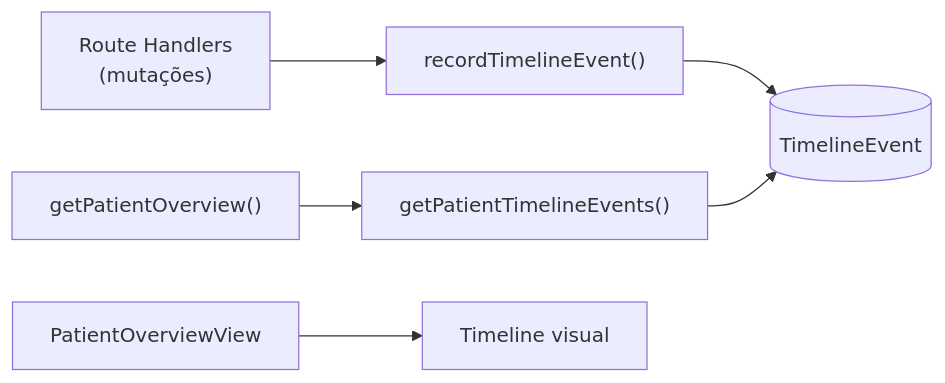
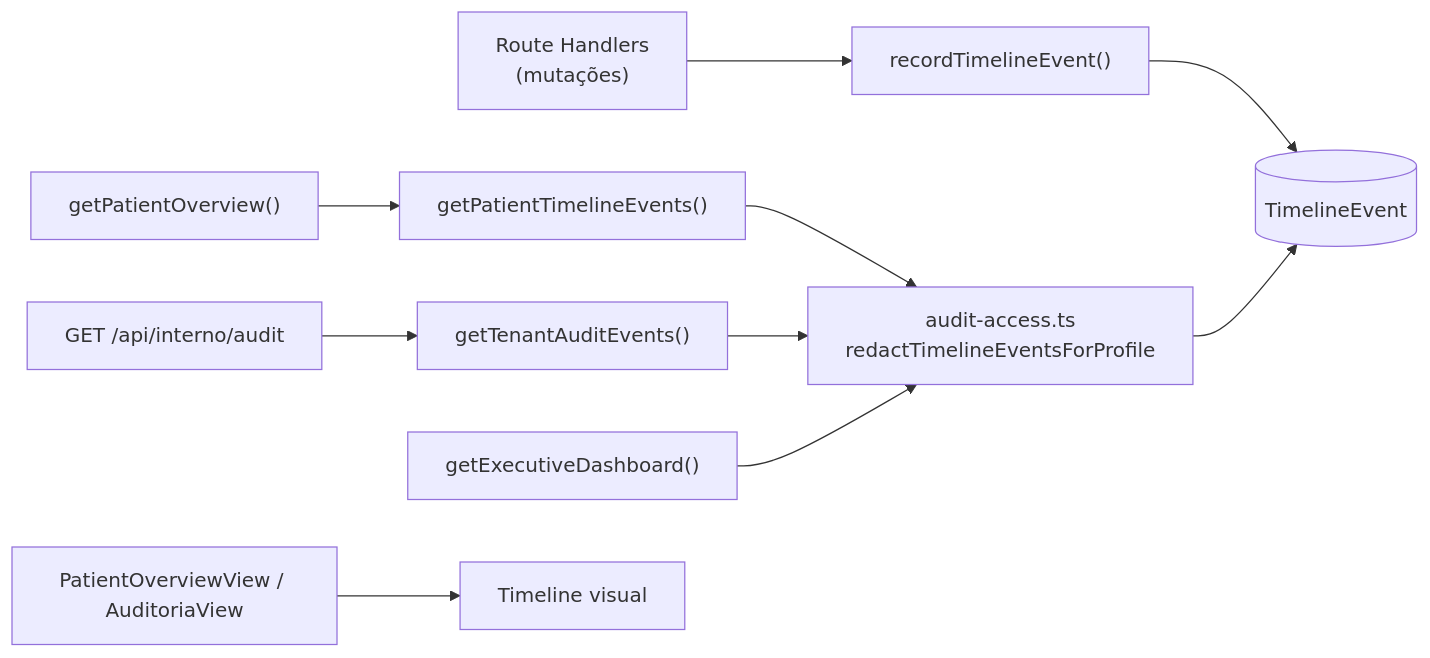
Diagram 11 of 16 in docs/plataforma/ARQUITETURA.md (Piulres/sistema-bibi), drawn with Mermaid before and after one commit. The commit also changed other lines of this file and 4 other files, not shown here.

First line of the commit message:
docs: RBAC de conteúdo na auditoria (PR #296)

````diff
--- a/docs/plataforma/ARQUITETURA.md
+++ b/docs/plataforma/ARQUITETURA.md
@@ -524,8 +524,12 @@
 ```mermaid
 flowchart LR
   API["Route Handlers<br/>(mutações)"] --> Svc["recordTimelineEvent()"]
   Svc --> TE[("TimelineEvent")]
   Overview["getPatientOverview()"] --> Query["getPatientTimelineEvents()"]
-  Query --> TE
-  View["PatientOverviewView"] --> TimelineUI["Timeline visual"]
+  Query --> RBAC["audit-access.ts<br/>redactTimelineEventsForProfile"]
+  RBAC --> TE
+  AuditAPI["GET /api/interno/audit"] --> Tenant["getTenantAuditEvents()"]
+  Tenant --> RBAC
+  Dash["getExecutiveDashboard()"] --> RBAC
+  View["PatientOverviewView / AuditoriaView"] --> TimelineUI["Timeline visual"]
 ```
````
